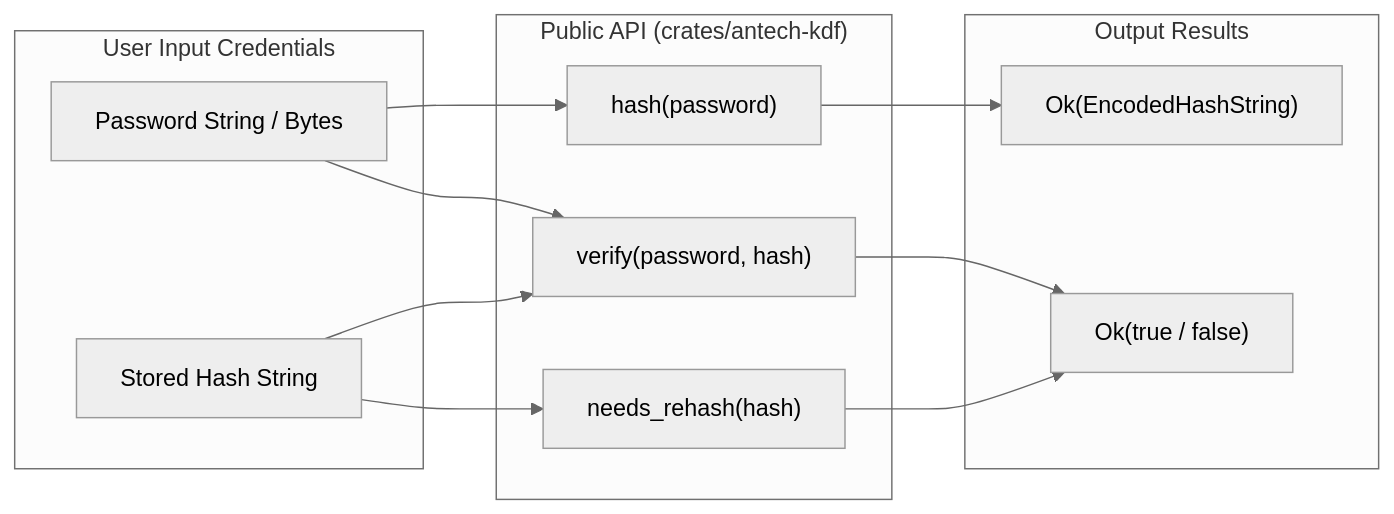
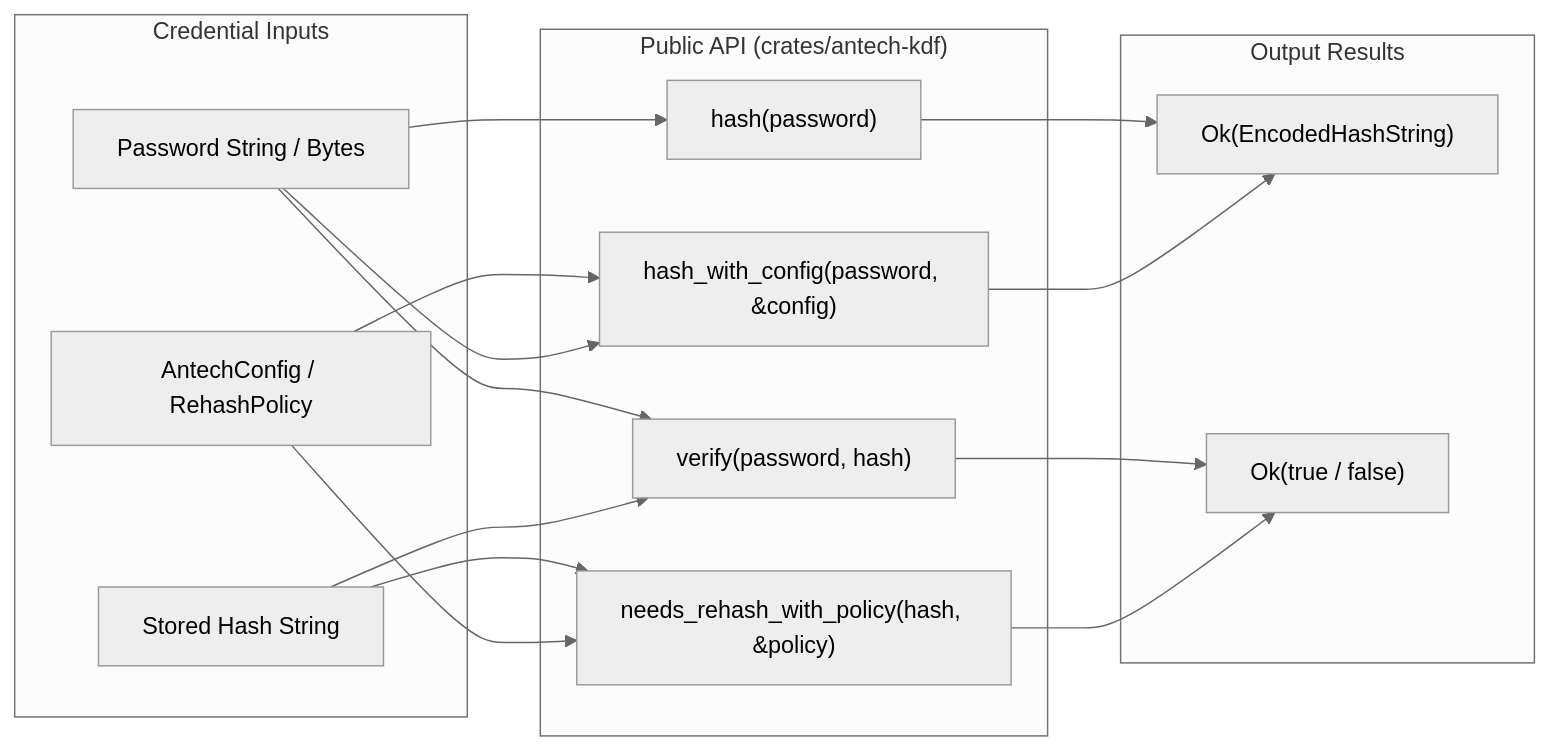
One commit to udinmoInc/antech-kdf changed the diagram in docs/api.md. Above: the diagram before and after it, drawn with Mermaid (neutral theme). The commit also changed other lines of this file and 22 other files, not shown here.

````diff
--- a/docs/api.md
+++ b/docs/api.md
@@ -9,26 +9,32 @@
 ```mermaid
 graph LR
-    subgraph Input ["User Input Credentials"]
+    subgraph Input ["Credential Inputs"]
         P["Password String / Bytes"]
         H["Stored Hash String"]
+        CFG["AntechConfig / RehashPolicy"]
     end
 
     subgraph API ["Public API (crates/antech-kdf)"]
         HASH["hash(password)"]
+        HASHC["hash_with_config(password, &config)"]
         VERIFY["verify(password, hash)"]
-        REHASH["needs_rehash(hash)"]
+        REHASH["needs_rehash_with_policy(hash, &policy)"]
     end
 
     subgraph Result ["Output Results"]
         S["Ok(EncodedHashString)"]
         B["Ok(true / false)"]
     end
 
     P --> HASH
+    CFG --> HASHC
+    P --> HASHC
     HASH --> S
+    HASHC --> S
     P --> VERIFY
     H --> VERIFY
     VERIFY --> B
     H --> REHASH
+    CFG --> REHASH
     REHASH --> B
 ```
````
